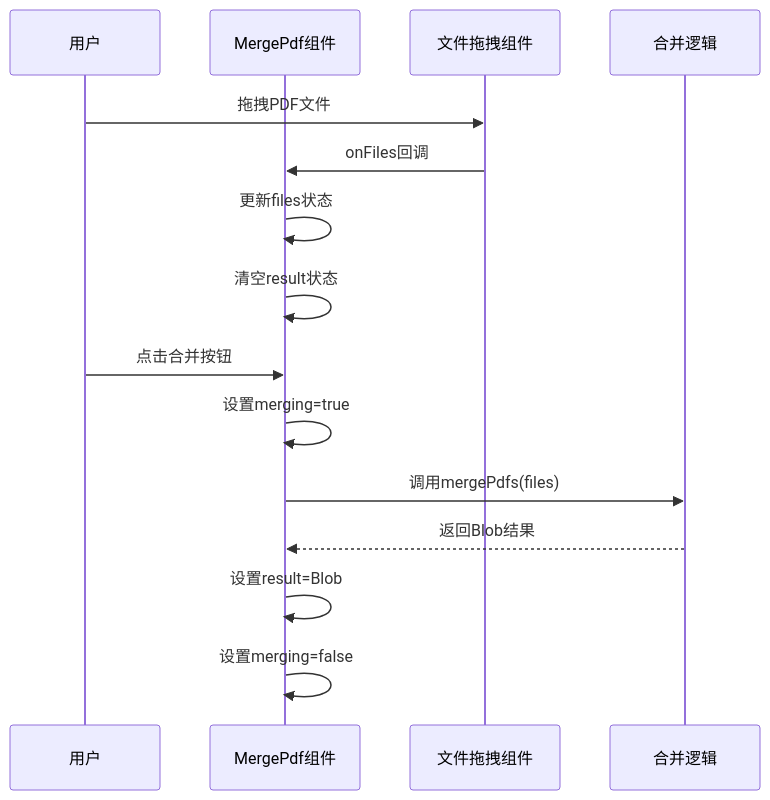
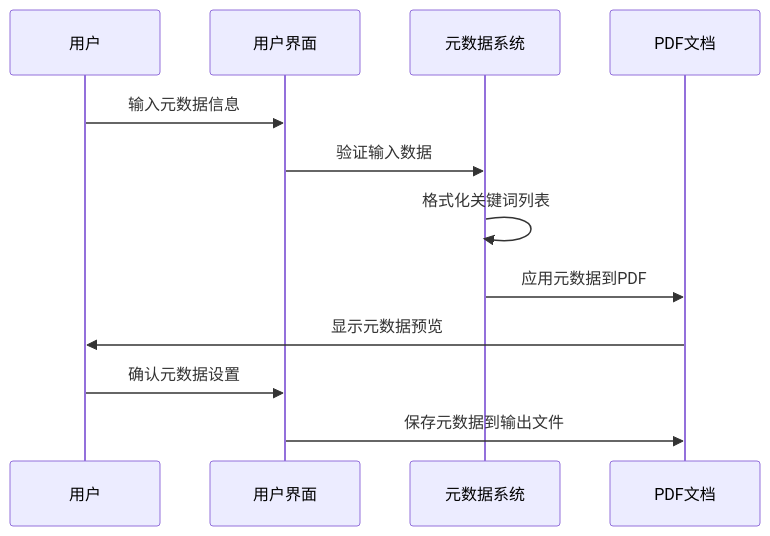
The seventh of 11 diagrams in .qoder/repowiki/zh/content/PDF工具/PDF合并工具.md (sgyy/privadeck), drawn with Mermaid before and after one commit. The commit also changed other lines of this file and 3 other files, not shown here.

First line of the commit message:
feat(pdf): 升级为PDF与图像综合处理系统

````diff
--- a/.qoder/repowiki/zh/content/PDF工具/PDF合并工具.md
+++ b/.qoder/repowiki/zh/content/PDF工具/PDF合并工具.md
@@ -177,17 +354,14 @@
 ```mermaid
 sequenceDiagram
 participant User as 用户
-participant Component as MergePdf组件
-participant FileDropzone as 文件拖拽组件
-participant Logic as 合并逻辑
-User->>FileDropzone : 拖拽PDF文件
-FileDropzone->>Component : onFiles回调
-Component->>Component : 更新files状态
-Component->>Component : 清空result状态
-User->>Component : 点击合并按钮
-Component->>Component : 设置merging=true
-Component->>Logic : 调用mergePdfs(files)
-Logic-->>Component : 返回Blob结果
-Component->>Component : 设置result=Blob
-Component->>Component : 设置merging=false
+participant UI as 用户界面
+participant Metadata as 元数据系统
+participant PDFDoc as PDF文档
+User->>UI : 输入元数据信息
+UI->>Metadata : 验证输入数据
+Metadata->>Metadata : 格式化关键词列表
+Metadata->>PDFDoc : 应用元数据到PDF
+PDFDoc->>User : 显示元数据预览
+User->>UI : 确认元数据设置
+UI->>PDFDoc : 保存元数据到输出文件
 ```
````
